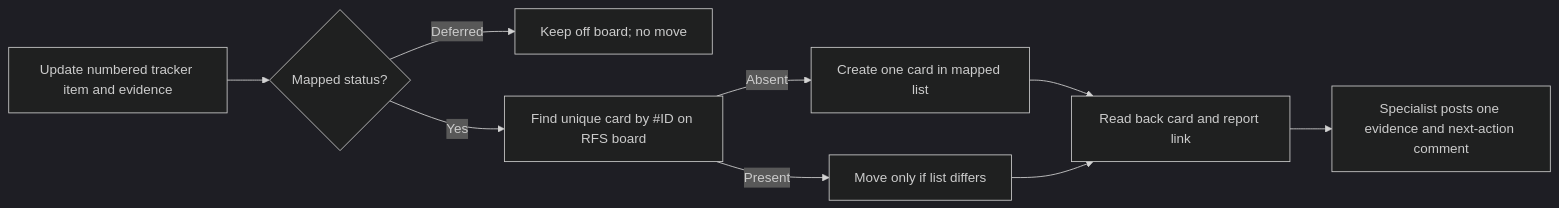
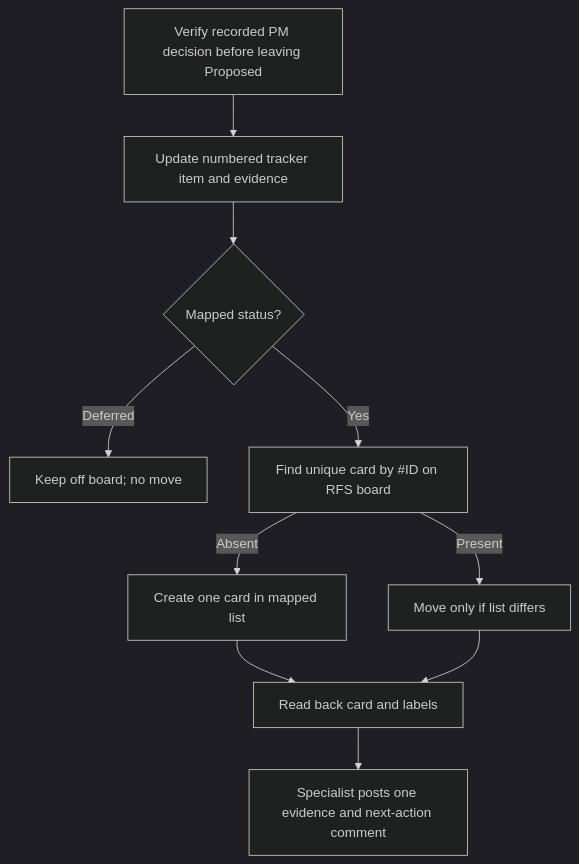
One commit to vale2015/Dissertation changed the diagram in docs/agents/TRELLO_BOARD_WORKFLOW.md. Above: the diagram before and after it, drawn with Mermaid (dark theme). The commit also changed other lines of this file and 51 other files, not shown here.

````diff
--- a/docs/agents/TRELLO_BOARD_WORKFLOW.md
+++ b/docs/agents/TRELLO_BOARD_WORKFLOW.md
@@ -17,11 +20,12 @@
 ```mermaid
-flowchart LR
-  A[Update numbered tracker item and evidence] --> B{Mapped status?}
+flowchart TD
+  P[Verify recorded PM decision before leaving Proposed] --> A[Update numbered tracker item and evidence]
+  A --> B{Mapped status?}
   B -->|Deferred| H[Keep off board; no move]
   B -->|Yes| C[Find unique card by #ID on RFS board]
   C -->|Absent| D[Create one card in mapped list]
   C -->|Present| E[Move only if list differs]
-  D --> F[Read back card and report link]
+  D --> F[Read back card and labels]
   E --> F
   F --> G[Specialist posts one evidence and next-action comment]
 ```
````
